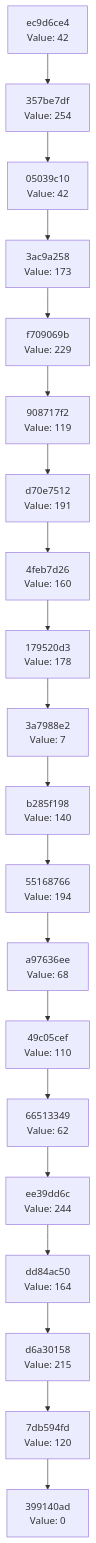
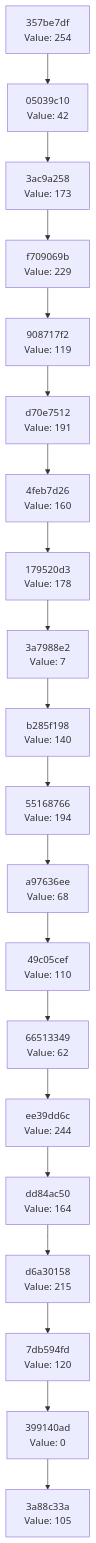
One commit to Abhisheksinha1506/hash-chain-evolver changed the diagram in docs/CHAIN_VISUALIZATION.md. Above: the diagram before and after it, drawn with Mermaid. The commit also changed 3 other files, not shown here.

````diff
--- a/docs/CHAIN_VISUALIZATION.md
+++ b/docs/CHAIN_VISUALIZATION.md
@@ -3,42 +3,42 @@
 ```mermaid
 graph TD
-    C0["399140ad<br/>Value: 0"]
-    C1["7db594fd<br/>Value: 120"]
+    C0["3a88c33a<br/>Value: 105"]
+    C1["399140ad<br/>Value: 0"]
     C1 --> C0
-    C2["d6a30158<br/>Value: 215"]
+    C2["7db594fd<br/>Value: 120"]
     C2 --> C1
-    C3["dd84ac50<br/>Value: 164"]
+    C3["d6a30158<br/>Value: 215"]
     C3 --> C2
-    C4["ee39dd6c<br/>Value: 244"]
+    C4["dd84ac50<br/>Value: 164"]
     C4 --> C3
-    C5["66513349<br/>Value: 62"]
+    C5["ee39dd6c<br/>Value: 244"]
     C5 --> C4
-    C6["49c05cef<br/>Value: 110"]
+    C6["66513349<br/>Value: 62"]
     C6 --> C5
-    C7["a97636ee<br/>Value: 68"]
+    C7["49c05cef<br/>Value: 110"]
     C7 --> C6
-    C8["55168766<br/>Value: 194"]
+    C8["a97636ee<br/>Value: 68"]
     C8 --> C7
-    C9["b285f198<br/>Value: 140"]
+    C9["55168766<br/>Value: 194"]
     C9 --> C8
-    C10["3a7988e2<br/>Value: 7"]
+    C10["b285f198<br/>Value: 140"]
     C10 --> C9
-    C11["179520d3<br/>Value: 178"]
+    C11["3a7988e2<br/>Value: 7"]
     C11 --> C10
-    C12["4feb7d26<br/>Value: 160"]
+    C12["179520d3<br/>Value: 178"]
     C12 --> C11
-    C13["d70e7512<br/>Value: 191"]
+    C13["4feb7d26<br/>Value: 160"]
     C13 --> C12
-    C14["908717f2<br/>Value: 119"]
+    C14["d70e7512<br/>Value: 191"]
     C14 --> C13
-    C15["f709069b<br/>Value: 229"]
+    C15["908717f2<br/>Value: 119"]
     C15 --> C14
-    C16["3ac9a258<br/>Value: 173"]
+    C16["f709069b<br/>Value: 229"]
     C16 --> C15
-    C17["05039c10<br/>Value: 42"]
+    C17["3ac9a258<br/>Value: 173"]
     C17 --> C16
-    C18["357be7df<br/>Value: 254"]
+    C18["05039c10<br/>Value: 42"]
     C18 --> C17
-    C19["ec9d6ce4<br/>Value: 42"]
+    C19["357be7df<br/>Value: 254"]
     C19 --> C18
 ```
````
